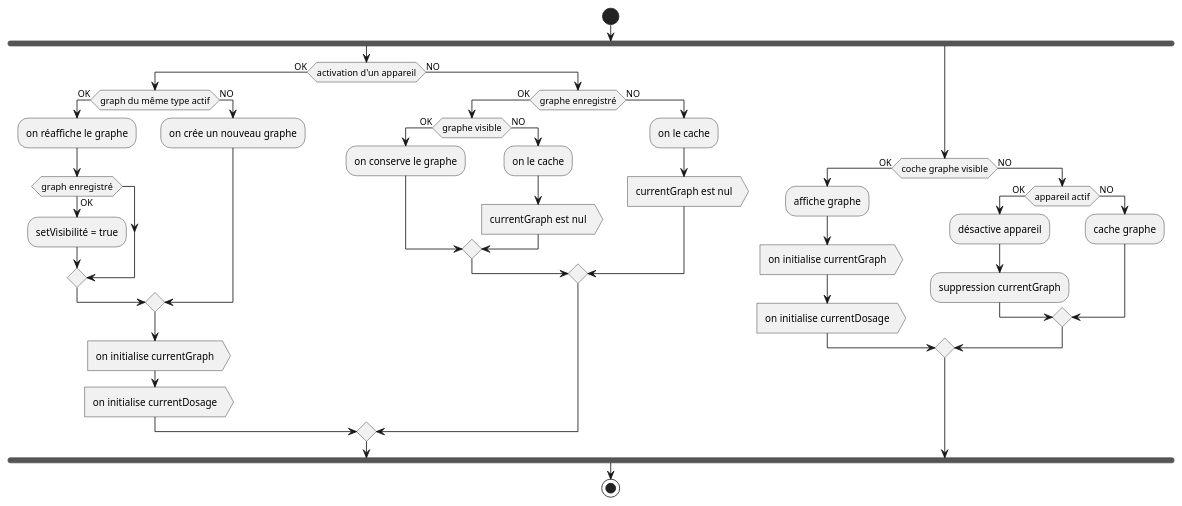
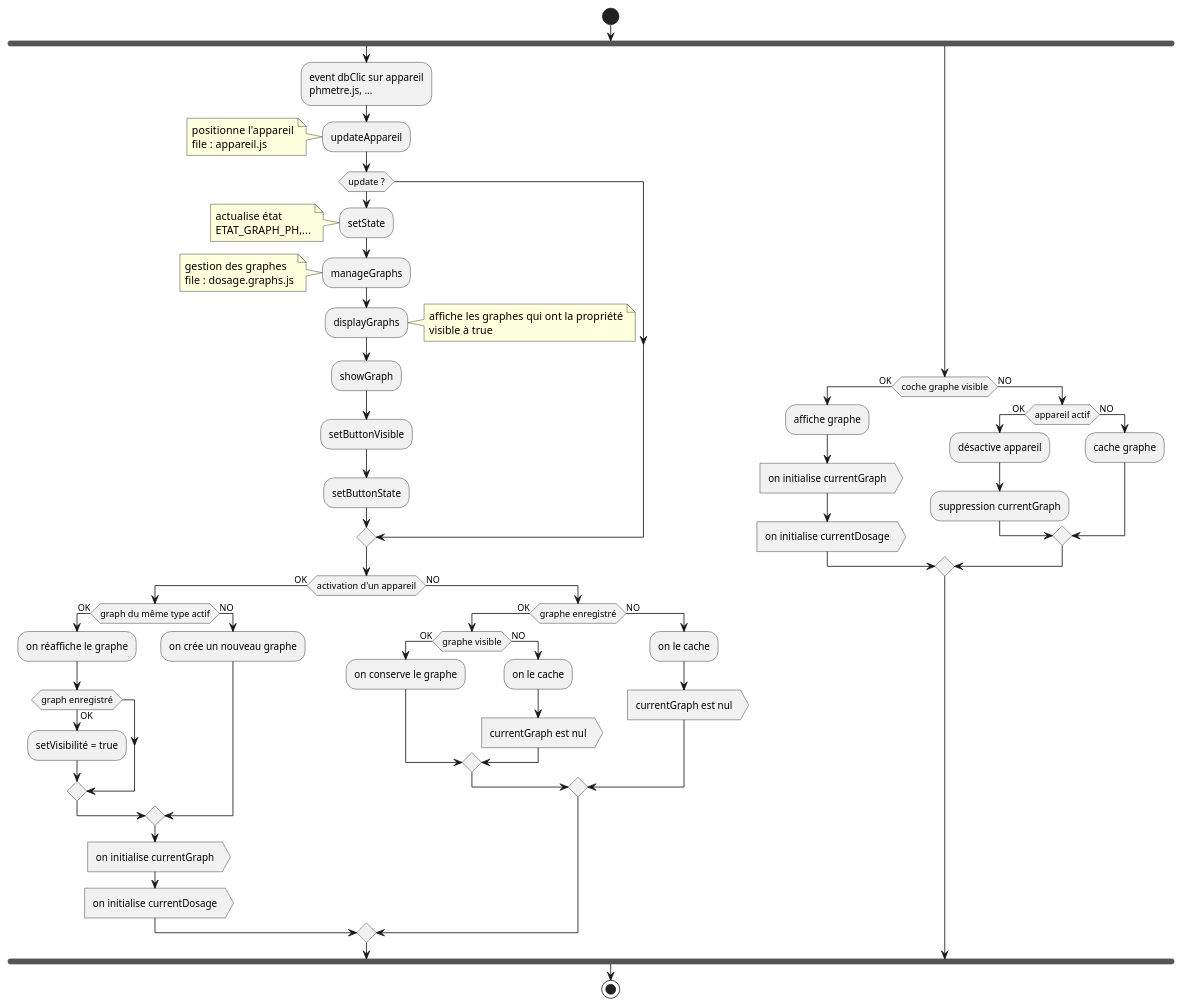
The diagram in documentation/Dosage/gestion_graphes.wsd (gonzalez-bernard/dosage_new), drawn with PlantUML before and after one commit. The commit also changed 60 other files, not shown here.

```diff
--- a/documentation/Dosage/gestion_graphes.wsd
+++ b/documentation/Dosage/gestion_graphes.wsd
@@ -1,44 +1,72 @@
-@startuml
+@startuml manageGraph
 start
 fork
+  :event dbClic sur appareil
+  phmetre.js, ...;
+  :updateAppareil;
+    note left
+      positionne l'appareil
+      file : appareil.js
+    end note
+  if(update ?) then
+    :setState;
+    note left
+      actualise état
+      ETAT_GRAPH_PH,...
+    end note 
+    :manageGraphs;
+    note left
+      gestion des graphes
+      file : dosage.graphs.js
+    end note
+    :displayGraphs;
+    note right
+      affiche les graphes qui ont la propriété
+      visible à true
+    end note
+    :showGraph;
+    :setButtonVisible;
+    :setButtonState;
+  endif
+
   if (activation d'un appareil) then (OK)   
     if (graph du même type actif) then (OK)
       :on réaffiche le graphe;
       if (graph enregistré) then (OK)
         :setVisibilité = true;
       endif
     else (NO)
       :on crée un nouveau graphe;
     endif
     :on initialise currentGraph>
     :on initialise currentDosage>
     
   else (NO)
     if (graphe enregistré) then (OK)
       if (graphe visible) then (OK)
         :on conserve le graphe;
       else (NO)
         :on le cache;
         :currentGraph est nul>
       endif
     else (NO)
       :on le cache;
       :currentGraph est nul>
     endif
   endif
 fork again
   if (coche graphe visible) then (OK)
     :affiche graphe;
     :on initialise currentGraph>
     :on initialise currentDosage>
   else (NO)
     if (appareil actif) then (OK)
       :désactive appareil;
       :suppression currentGraph;
     else (NO)
       :cache graphe;
     endif
   endif
 end fork
 stop
 @enduml
```
